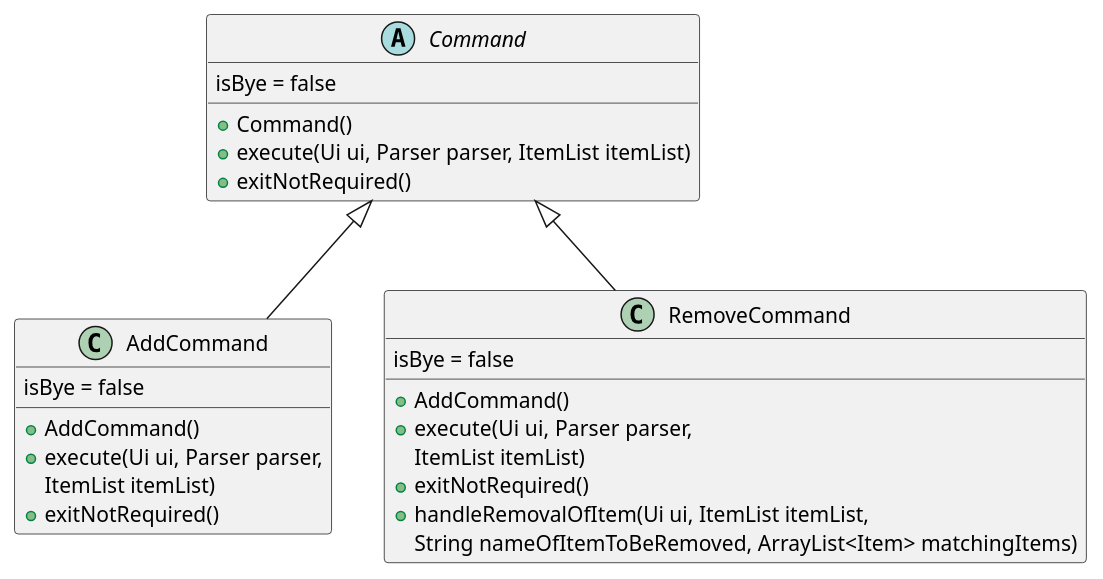
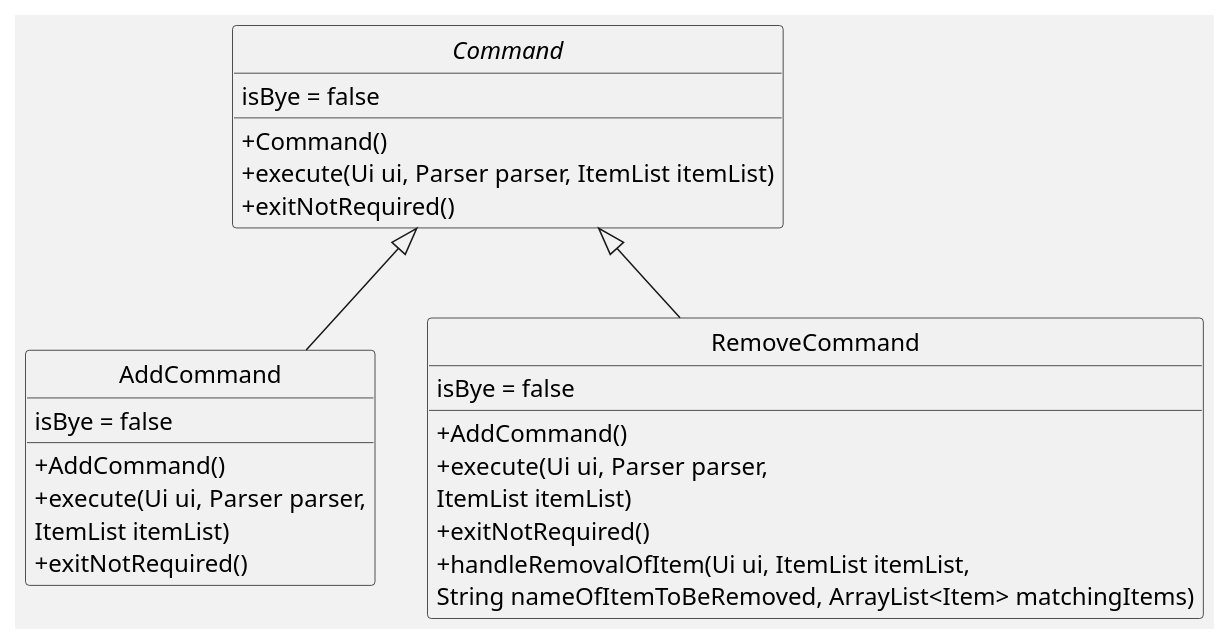
Before and after one commit to uosjapuelks/tp: the diagram in docs/pumlFiles/AddAndRemoveCommand.puml, drawn with PlantUML. The commit also changed 14 other files, not shown here.

```diff
--- a/docs/pumlFiles/AddAndRemoveCommand.puml
+++ b/docs/pumlFiles/AddAndRemoveCommand.puml
@@ -1,36 +1,41 @@
 @startuml
 'https://plantuml.com/class-diagram
+
+hide circle
+skinparam classAttributeIconSize 0
+skinparam backgroundColor #f2f2f2
+skinparam defaultFontSize 16
 
 abstract class Command
 class AddCommand
 class RemoveCommand
 
 Command <|-- AddCommand
 Command <|-- RemoveCommand
 
 class AddCommand {
 isBye = false
 +AddCommand()
 +execute(Ui ui, Parser parser,
 ItemList itemList)
 +exitNotRequired()
 }
 
 class RemoveCommand {
 isBye = false
-+AddCommand()
-+execute(Ui ui, Parser parser,
++ AddCommand()
++ execute(Ui ui, Parser parser,
 ItemList itemList)
-+exitNotRequired()
-+handleRemovalOfItem(Ui ui, ItemList itemList,
++ exitNotRequired()
++ handleRemovalOfItem(Ui ui, ItemList itemList,
 String nameOfItemToBeRemoved, ArrayList<Item> matchingItems)
 }
 
 abstract class Command {
 isBye = false
-+Command()
-+execute(Ui ui, Parser parser, ItemList itemList)
-+exitNotRequired()
++ Command()
++ execute(Ui ui, Parser parser, ItemList itemList)
++ exitNotRequired()
 }
 
 @enduml
```
